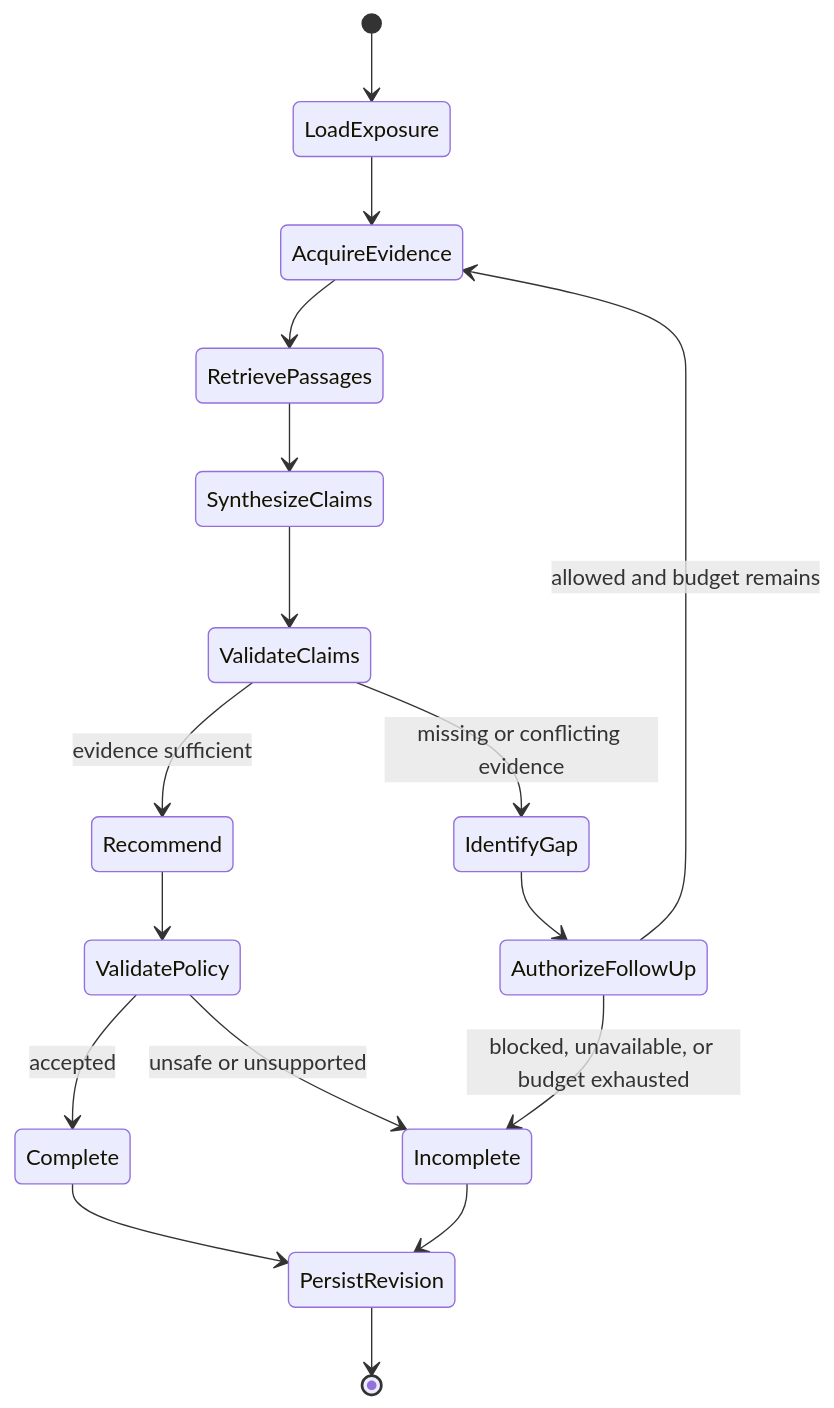
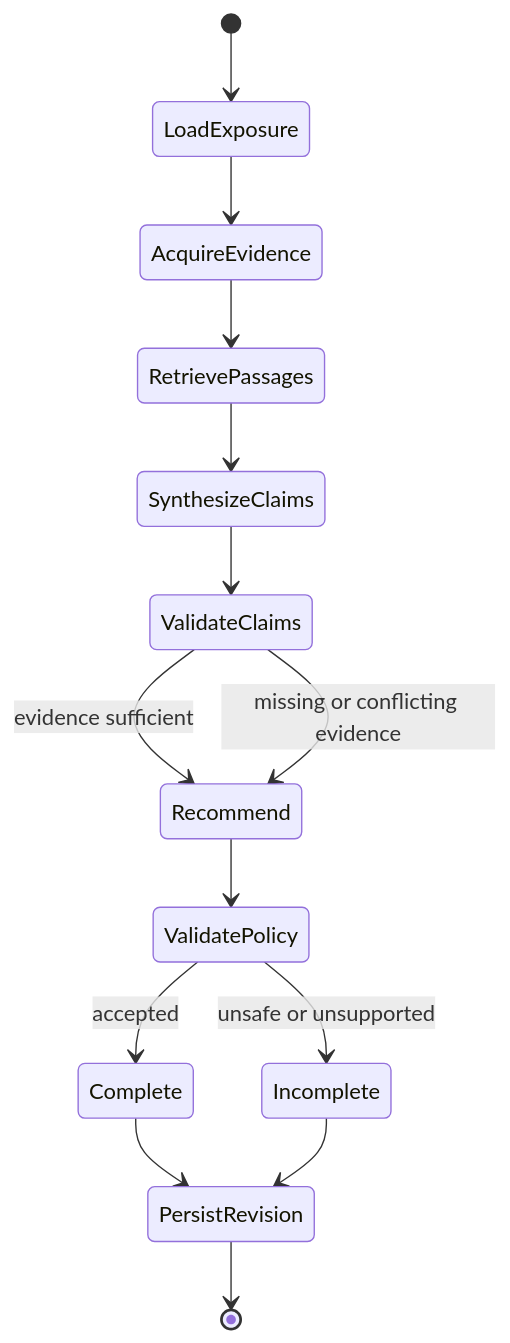
One commit to jtabalon/exposure-ledger changed the diagram in docs/architecture/AGENT_GRAPH.md. Above: the diagram before and after it, drawn with Mermaid. The commit also changed other lines of this file and 17 other files, not shown here.

````diff
--- a/docs/architecture/AGENT_GRAPH.md
+++ b/docs/architecture/AGENT_GRAPH.md
@@ -3,19 +3,16 @@
 ```mermaid
 stateDiagram-v2
     [*] --> LoadExposure
     LoadExposure --> AcquireEvidence
     AcquireEvidence --> RetrievePassages
     RetrievePassages --> SynthesizeClaims
     SynthesizeClaims --> ValidateClaims
     ValidateClaims --> Recommend: evidence sufficient
-    ValidateClaims --> IdentifyGap: missing or conflicting evidence
-    IdentifyGap --> AuthorizeFollowUp
-    AuthorizeFollowUp --> AcquireEvidence: allowed and budget remains
-    AuthorizeFollowUp --> Incomplete: blocked, unavailable, or budget exhausted
+    ValidateClaims --> Recommend: missing or conflicting evidence
     Recommend --> ValidatePolicy
     ValidatePolicy --> Complete: accepted
     ValidatePolicy --> Incomplete: unsafe or unsupported
     Complete --> PersistRevision
     Incomplete --> PersistRevision
     PersistRevision --> [*]
 ```
````
